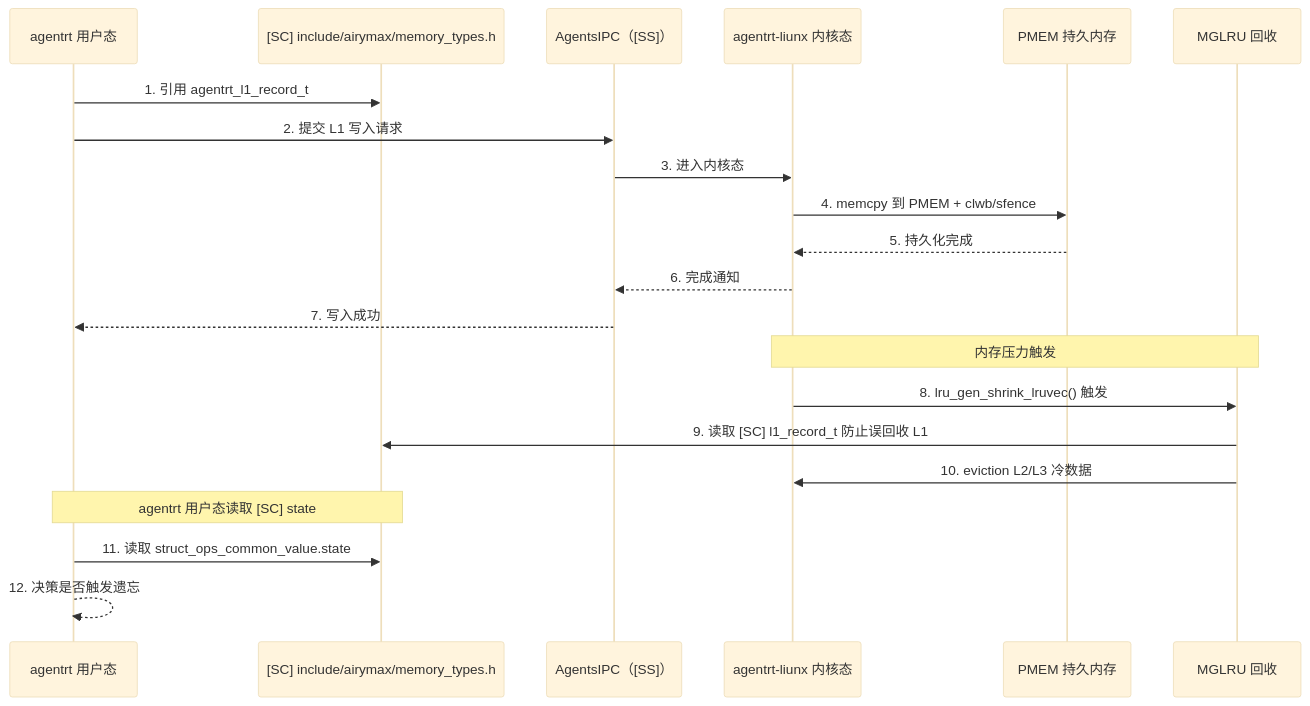
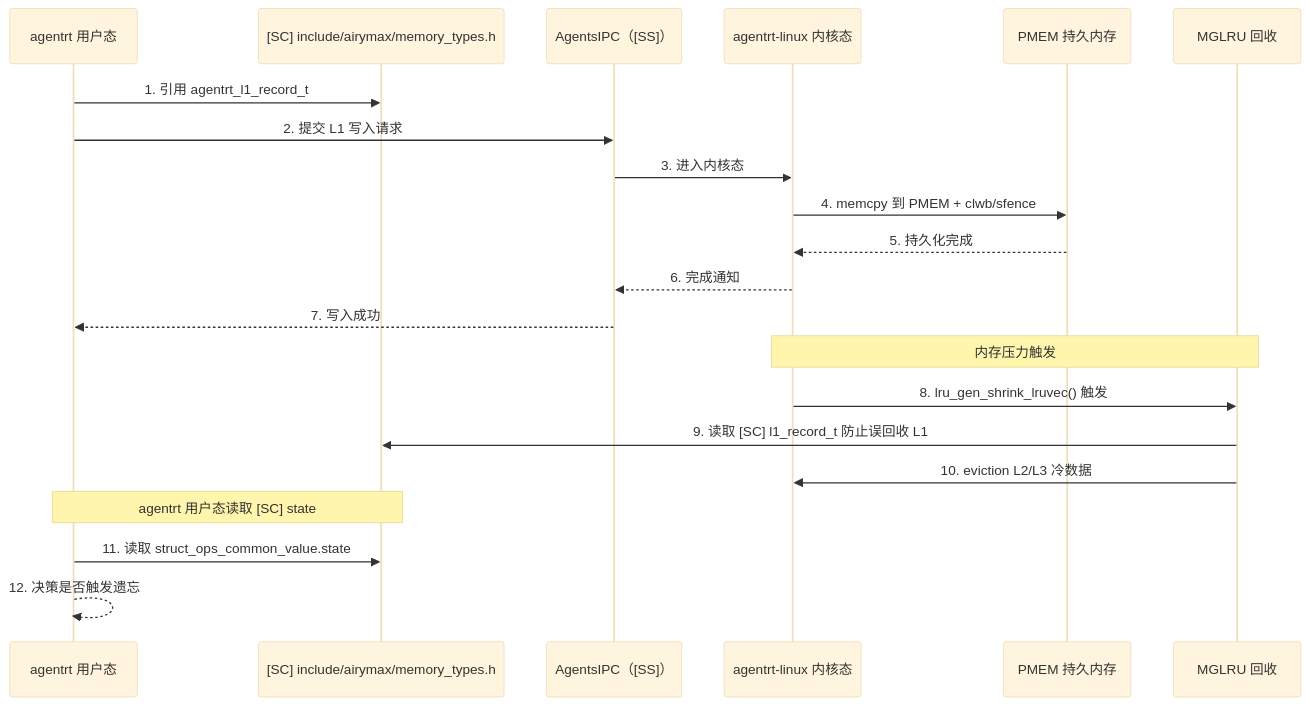
Before and after one commit to openairymax/docs: the ninth of 9 diagrams in AirymaxOS/40-dataflows/02-memory-flow.md, drawn with Mermaid (base theme). The commit also changed other lines of this file and 239 other files, not shown here.

````diff
--- a/AirymaxOS/40-dataflows/02-memory-flow.md
+++ b/AirymaxOS/40-dataflows/02-memory-flow.md
@@ -696,26 +696,26 @@
 ```mermaid
 sequenceDiagram
     participant AR as agentrt 用户态
     participant SC as [SC] include/airymax/memory_types.h
     participant IPC as AgentsIPC（[SS]）
-    participant KR as agentrt-liunx 内核态
+    participant KR as agentrt-linux 内核态
     participant PMEM as PMEM 持久内存
     participant MGLRU as MGLRU 回收
     
     AR->>SC: 1. 引用 agentrt_l1_record_t
     AR->>IPC: 2. 提交 L1 写入请求
     IPC->>KR: 3. 进入内核态
     KR->>PMEM: 4. memcpy 到 PMEM + clwb/sfence
     PMEM-->>KR: 5. 持久化完成
     KR-->>IPC: 6. 完成通知
     IPC-->>AR: 7. 写入成功
     
     Note over KR,MGLRU: 内存压力触发
     KR->>MGLRU: 8. lru_gen_shrink_lruvec() 触发
     MGLRU->>SC: 9. 读取 [SC] l1_record_t 防止误回收 L1
     MGLRU->>KR: 10. eviction L2/L3 冷数据
     
     Note over AR,SC: agentrt 用户态读取 [SC] state
     AR->>SC: 11. 读取 struct_ops_common_value.state
     AR-->>AR: 12. 决策是否触发遗忘
 ```
````
